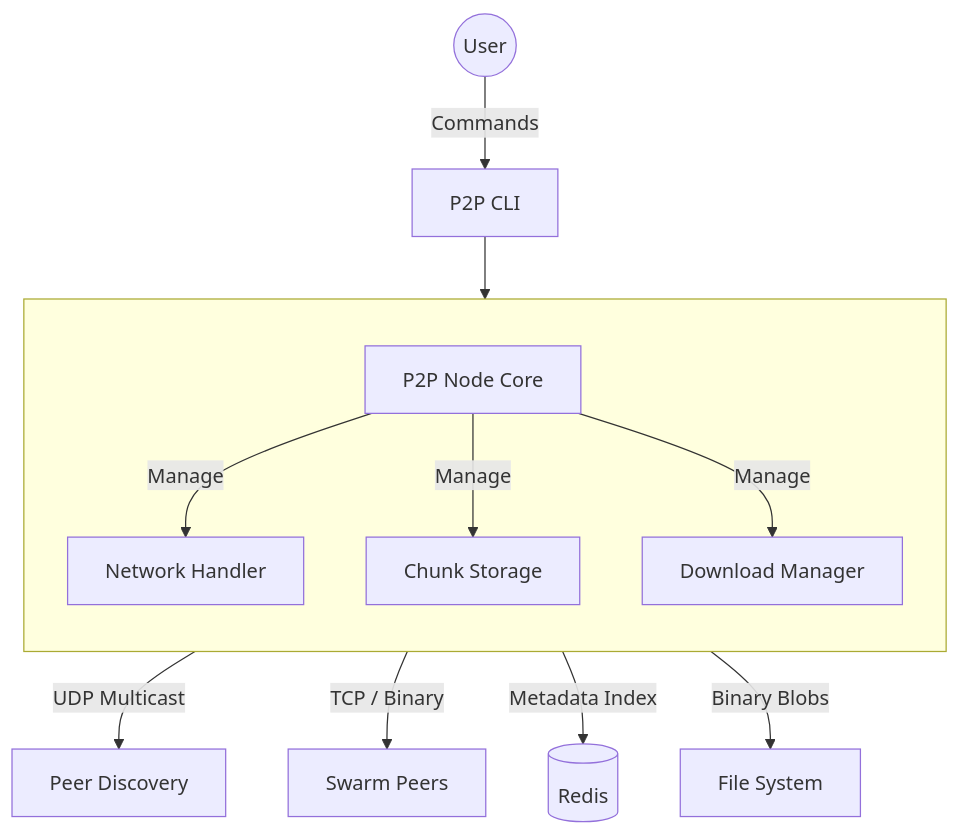
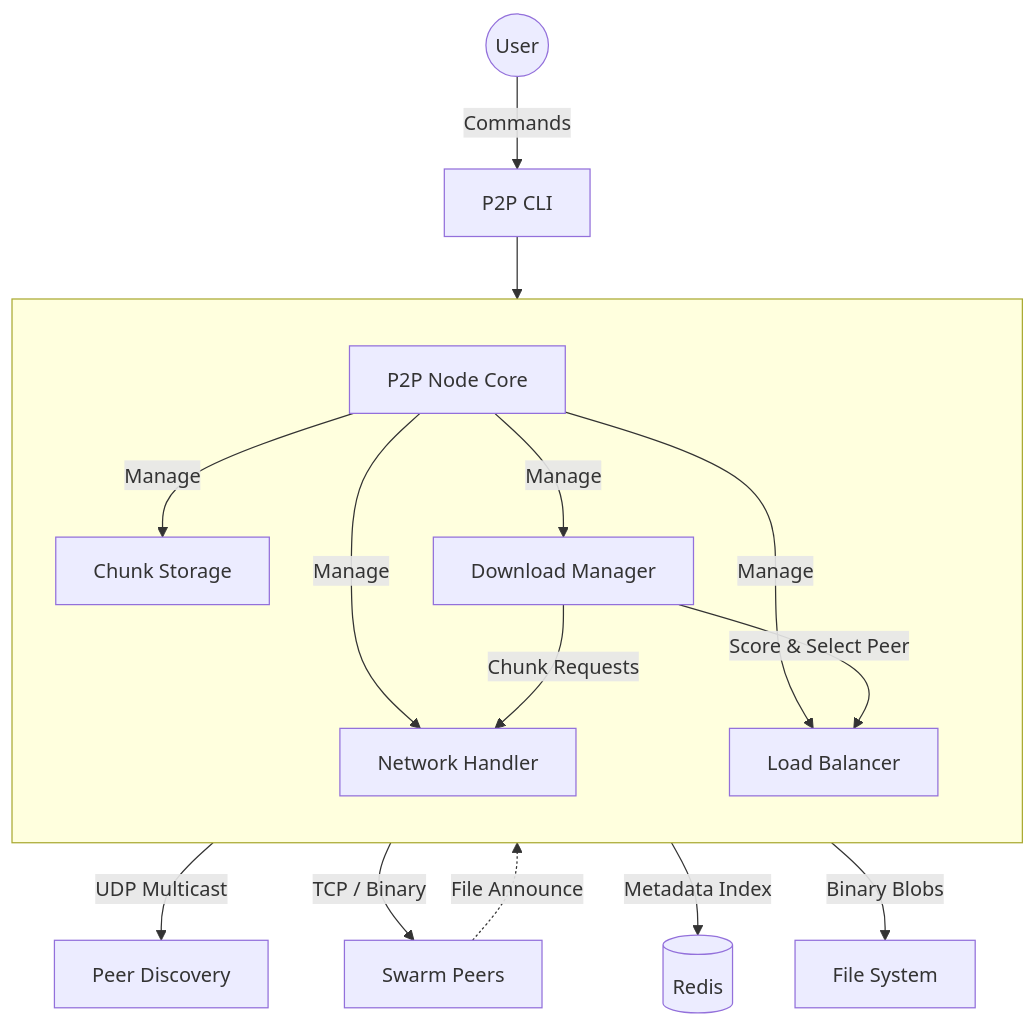
One commit to vinamras19/p2p-file-distribution changed the diagram in README.md. Above: the diagram before and after it, drawn with Mermaid. The commit also changed other lines of this file, not shown here.

Commit message:
docs: update README and architecture diagram for wired routing

````diff
--- a/README.md
+++ b/README.md
@@ -20,18 +20,19 @@
 ```mermaid
 graph TD
     User((User)) -->|Commands| CLI[P2P CLI]
     CLI --> Node[P2P Node Core]
-    
     subgraph " "
         direction TB
         Node -->|Manage| Net[Network Handler]
         Node -->|Manage| Store[Chunk Storage]
         Node -->|Manage| DL[Download Manager]
+        Node -->|Manage| LB[Load Balancer]
     end
-    
+    DL -->|Score & Select Peer| LB
+    DL -->|Chunk Requests| Net
     Net -->|UDP Multicast| Disc[Peer Discovery]
     Net -->|TCP / Binary| Peers[Swarm Peers]
-    
+    Peers -.->|File Announce| Net
     Store -->|Metadata Index| Redis[(Redis)]
     Store -->|Binary Blobs| Disk[File System]
 ```
````
